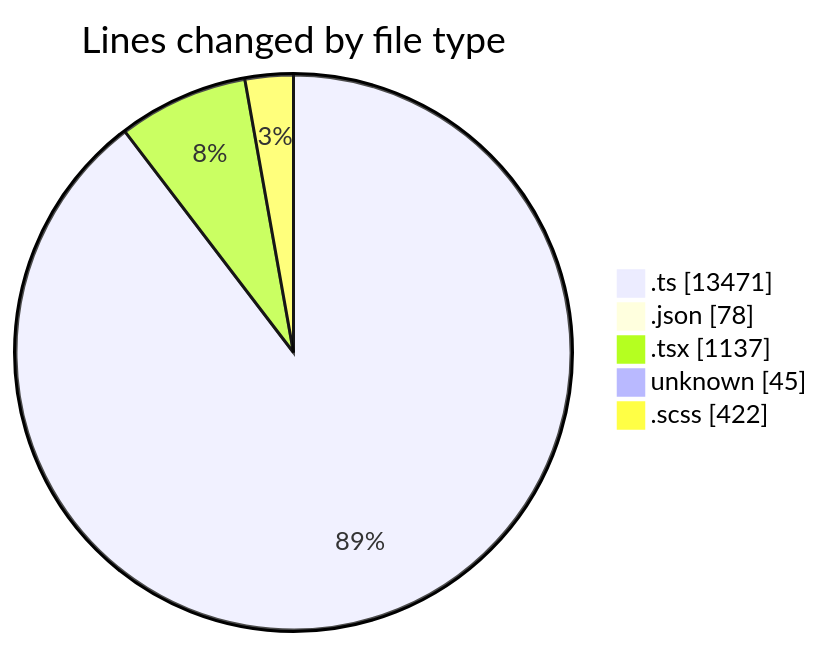
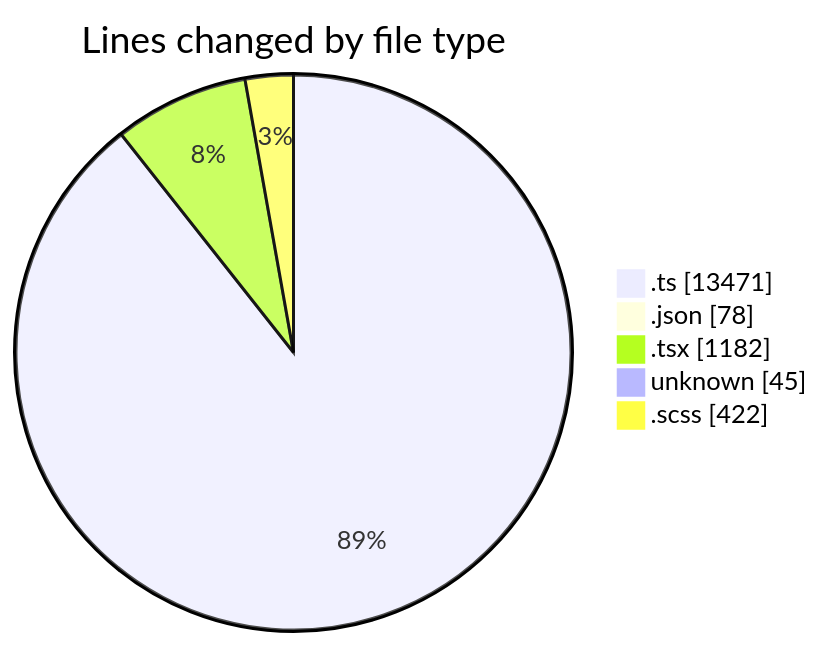
One commit to momahboobian/code-tracking changed the first of 2 diagrams in 2025-08-29/cda/README.md. Above: the diagram before and after it, drawn with Mermaid. The commit also changed other lines of this file and 1 other file, not shown here.

````diff
--- a/2025-08-29/cda/README.md
+++ b/2025-08-29/cda/README.md
@@ -32,9 +32,9 @@
 ```mermaid
 pie showData
 title Lines changed by file type
 ".ts" : 13471
 ".json" : 78
-".tsx" : 1137
+".tsx" : 1182
 "unknown" : 45
 ".scss" : 422
 ```
````
